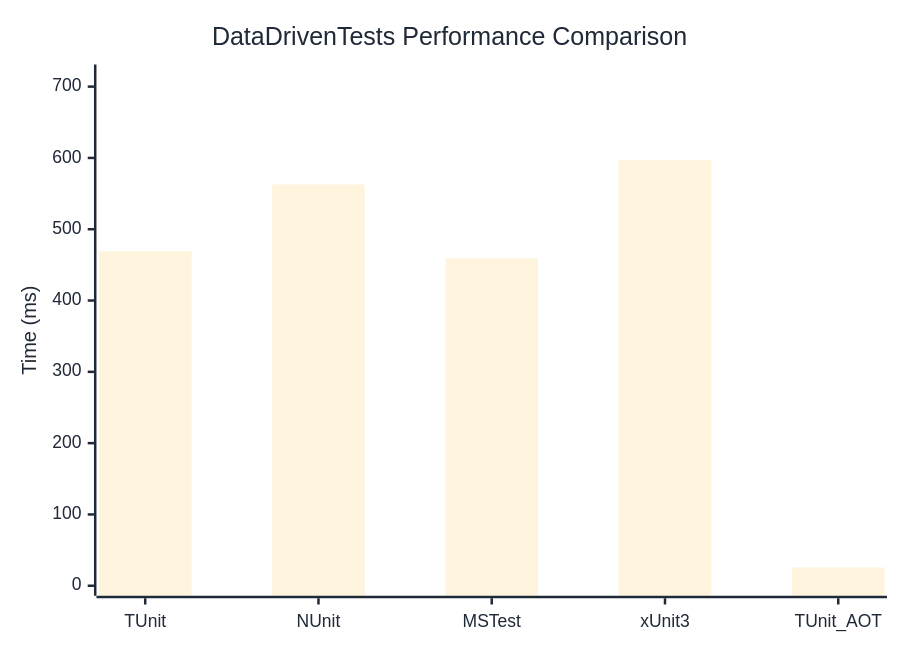
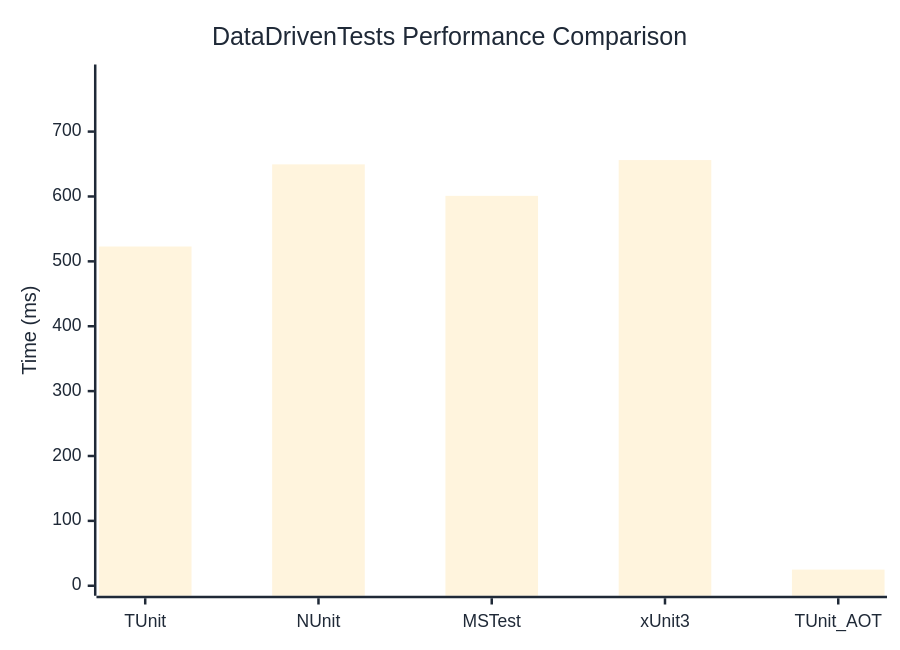
Before and after one commit to thomhurst/TUnit: the diagram in docs/docs/benchmarks/DataDrivenTests.md, drawn with Mermaid. The commit also changed other lines of this file and 17 other files, not shown here.

````diff
--- a/docs/docs/benchmarks/DataDrivenTests.md
+++ b/docs/docs/benchmarks/DataDrivenTests.md
@@ -27,37 +27,37 @@
 ```mermaid
 %%{init: {
   'theme':'base',
   'themeVariables': {
     'primaryColor': '#2563eb',
     'primaryTextColor': '#1f2937',
     'primaryBorderColor': '#1e40af',
     'lineColor': '#6b7280',
     'secondaryColor': '#7c3aed',
     'tertiaryColor': '#dc2626',
     'background': '#ffffff',
     'mainBkg': '#2563eb',
     'secondBkg': '#7c3aed',
     'tertiaryBkg': '#dc2626',
     'clusterBkg': '#f3f4f6',
     'edgeLabelBackground': '#ffffff',
     'tertiaryTextColor': '#1f2937',
     'pie1': '#2563eb',
     'pie2': '#7c3aed',
     'pie3': '#dc2626',
     'pie4': '#f59e0b',
     'pie5': '#10b981',
     'pie6': '#06b6d4',
     'pie7': '#ec4899',
     'pie8': '#6366f1',
     'pie9': '#84cc16',
     'pie10': '#f97316',
     'pie11': '#14b8a6',
     'pie12': '#a855f7'
   }
 }}%%
 xychart-beta
   title "DataDrivenTests Performance Comparison"
   x-axis ["TUnit", "NUnit", "MSTest", "xUnit3", "TUnit_AOT"]
-  y-axis "Time (ms)" 0 --> 717
-  bar [469.07, 562.73, 459.11, 597.06, 25.67]
+  y-axis "Time (ms)" 0 --> 788
+  bar [522.88, 649.5, 600.97, 656.1, 24.89]
 ```
````
